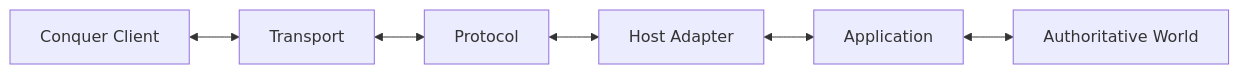
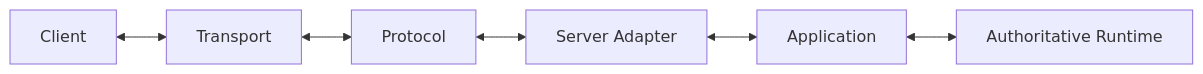
The second of 3 diagrams in docs/architecture/README.md (berniemackie97/OpenConquerServer), drawn with Mermaid before and after one commit. The commit also changed other lines of this file and 12 other files, not shown here.

````diff
--- a/docs/architecture/README.md
+++ b/docs/architecture/README.md
@@ -212,15 +104,15 @@
 ```mermaid
 flowchart LR
-    Client["Conquer Client"]
+    Client["Client"]
     Transport["Transport"]
     Protocol["Protocol"]
-    Host["Host Adapter"]
+    Adapter["Server Adapter"]
     Application["Application"]
-    World["Authoritative World"]
+    Runtime["Authoritative Runtime"]
 
     Client <--> Transport
     Transport <--> Protocol
-    Protocol <--> Host
-    Host <--> Application
-    Application <--> World
+    Protocol <--> Adapter
+    Adapter <--> Application
+    Application <--> Runtime
 ```
````
